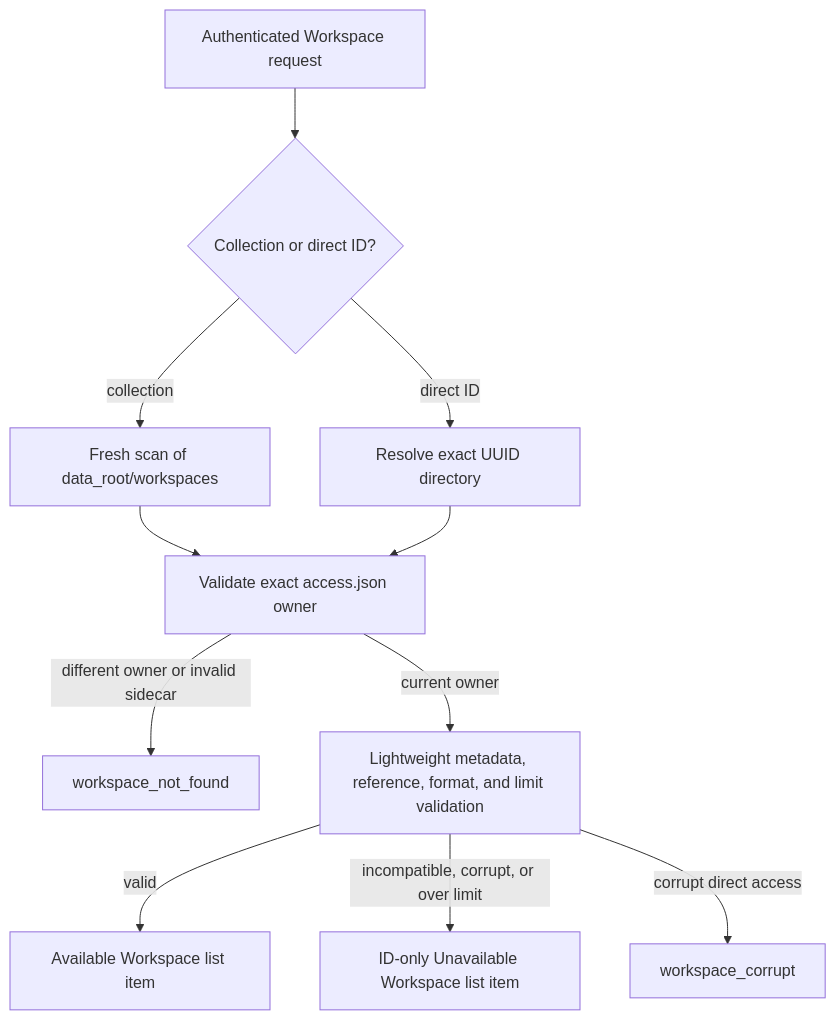
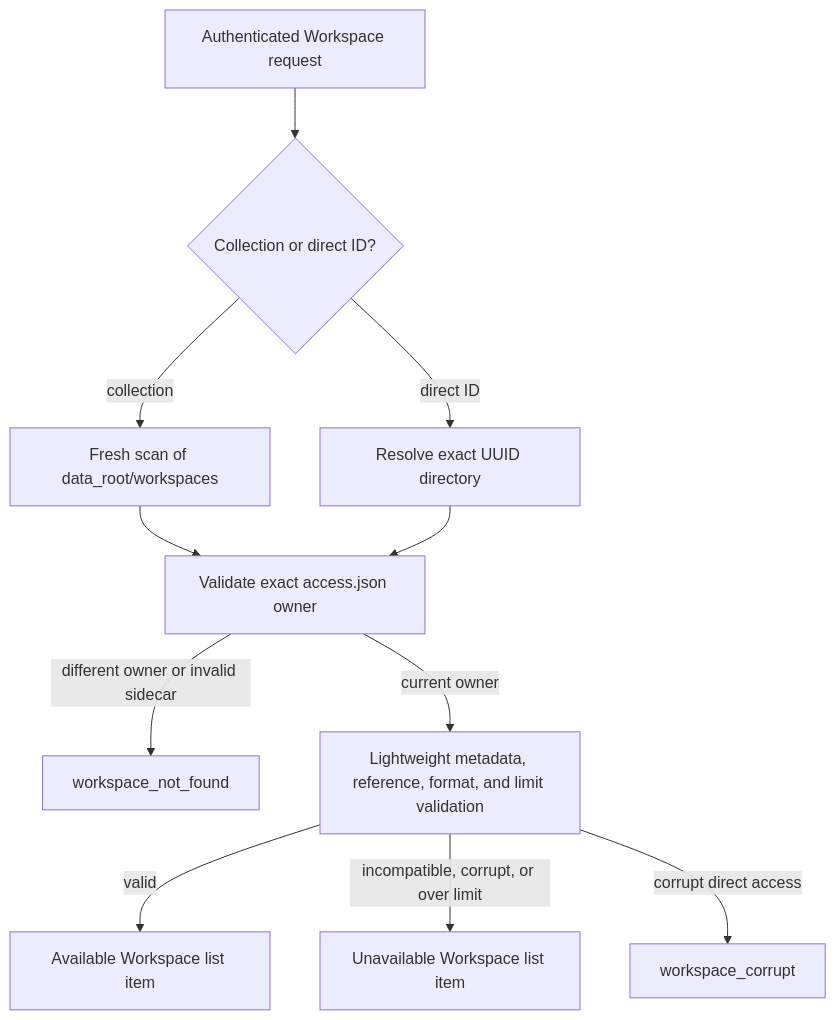
Before and after one commit to Australian-Text-Analytics-Platform/ldaca_web_app: the first of 2 diagrams in docs/architecture/backend/workspaces.md, drawn with Mermaid. The commit also changed other lines of this file and 16 other files, not shown here.

````diff
--- a/docs/architecture/backend/workspaces.md
+++ b/docs/architecture/backend/workspaces.md
@@ -16,13 +16,13 @@
 ```mermaid
 flowchart TB
     REQUEST["Authenticated Workspace request"] --> KIND{"Collection or direct ID?"}
     KIND -->|"collection"| SCAN["Fresh scan of data_root/workspaces"]
     KIND -->|"direct ID"| DIRECT["Resolve exact UUID directory"]
     SCAN --> ACCESS["Validate exact access.json owner"]
     DIRECT --> ACCESS
     ACCESS -->|"different owner or invalid sidecar"| HIDDEN["workspace_not_found"]
     ACCESS -->|"current owner"| SNAPSHOT["Lightweight metadata, reference, format, and limit validation"]
     SNAPSHOT -->|"valid"| RESOURCE["Available Workspace list item"]
-    SNAPSHOT -->|"incompatible, corrupt, or over limit"| UNAVAILABLE["ID-only Unavailable Workspace list item"]
+    SNAPSHOT -->|"incompatible, corrupt, or over limit"| UNAVAILABLE["Unavailable Workspace list item"]
     SNAPSHOT -->|"corrupt direct access"| CORRUPT["workspace_corrupt"]
 ```
````
